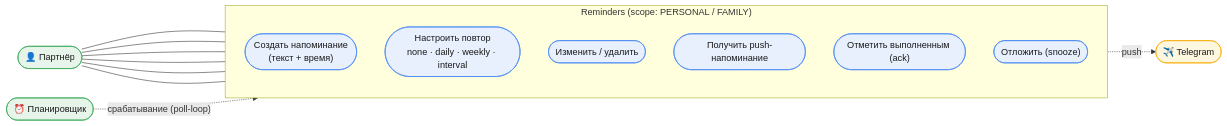
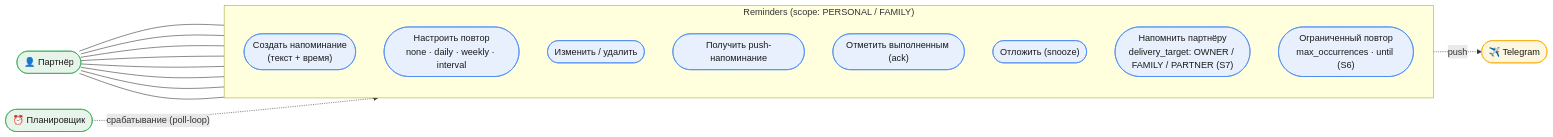
One commit to SkeiLeinux/Assistent_bot changed the diagram in docs/07_diagrams/usecase/reminders.mermaid. Above: the diagram before and after it, drawn with Mermaid. The commit also changed 43 other files, not shown here.

```diff
--- a/docs/07_diagrams/usecase/reminders.mermaid
+++ b/docs/07_diagrams/usecase/reminders.mermaid
@@ -1,32 +1,36 @@
 %% Use Case — Reminders
-%% Derived from: spec-reminders §8 (S1–S5) + §9 (REST). SSOT — docs/04_specs.
+%% Derived from: spec-reminders §9 (S1–S7), v0.4 / 2026-06-20. SSOT — docs/04_specs.
 flowchart LR
   P(["👤 Партнёр"])
   SCH(["⏰ Планировщик"])
   TG(["✈️ Telegram"])
 
   subgraph SYS["Reminders (scope: PERSONAL / FAMILY)"]
     direction TB
     UC1(["Создать напоминание<br/>(текст + время)"])
     UC2(["Настроить повтор<br/>none · daily · weekly · interval"])
     UC3(["Изменить / удалить"])
     UC4(["Получить push-напоминание"])
     UC5(["Отметить выполненным (ack)"])
     UC6(["Отложить (snooze)"])
+    UC7(["Напомнить партнёру<br/>delivery_target: OWNER / FAMILY / PARTNER (S7)"])
+    UC8(["Ограниченный повтор<br/>max_occurrences · until (S6)"])
   end
 
   P --- UC1
   P --- UC2
   P --- UC3
   P --- UC5
   P --- UC6
   P --- UC4
+  P --- UC7
+  P --- UC8
   SCH -. "срабатывание (poll-loop)" .-> UC4
   UC4 -. "push" .-> TG
 
   classDef actor fill:#E6F4EA,stroke:#34A853,color:#1a1a1a;
   classDef uc fill:#E8F0FE,stroke:#4285F4,color:#1a1a1a;
   classDef ext fill:#FEF7E0,stroke:#F9AB00,color:#1a1a1a;
   class P,SCH actor;
   class TG ext;
-  class UC1,UC2,UC3,UC4,UC5,UC6 uc;
+  class UC1,UC2,UC3,UC4,UC5,UC6,UC7,UC8 uc;
```
